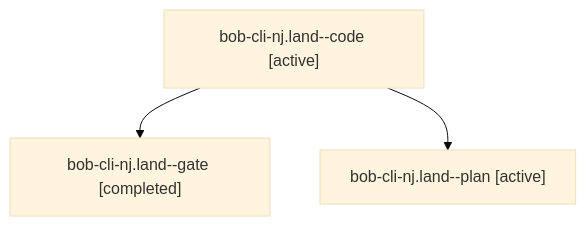
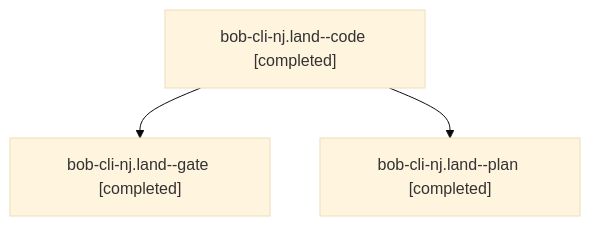
One commit to bobs-org/bob-cli--agents changed the diagram in sessions/bbugyi200.apollo.bob-cli-nj.land.md. Above: the diagram before and after it, drawn with Mermaid (base theme). The commit also changed other lines of this file and 26 other files, not shown here.

````diff
--- a/sessions/bbugyi200.apollo.bob-cli-nj.land.md
+++ b/sessions/bbugyi200.apollo.bob-cli-nj.land.md
@@ -9,8 +9,8 @@
 ```mermaid
 flowchart TD
-  n0["bob-cli-nj.land--code [active]"]
+  n0["bob-cli-nj.land--code [completed]"]
   n1["bob-cli-nj.land--gate [completed]"]
   n0 --> n1
-  n2["bob-cli-nj.land--plan [active]"]
+  n2["bob-cli-nj.land--plan [completed]"]
   n0 --> n2
 ```
````
